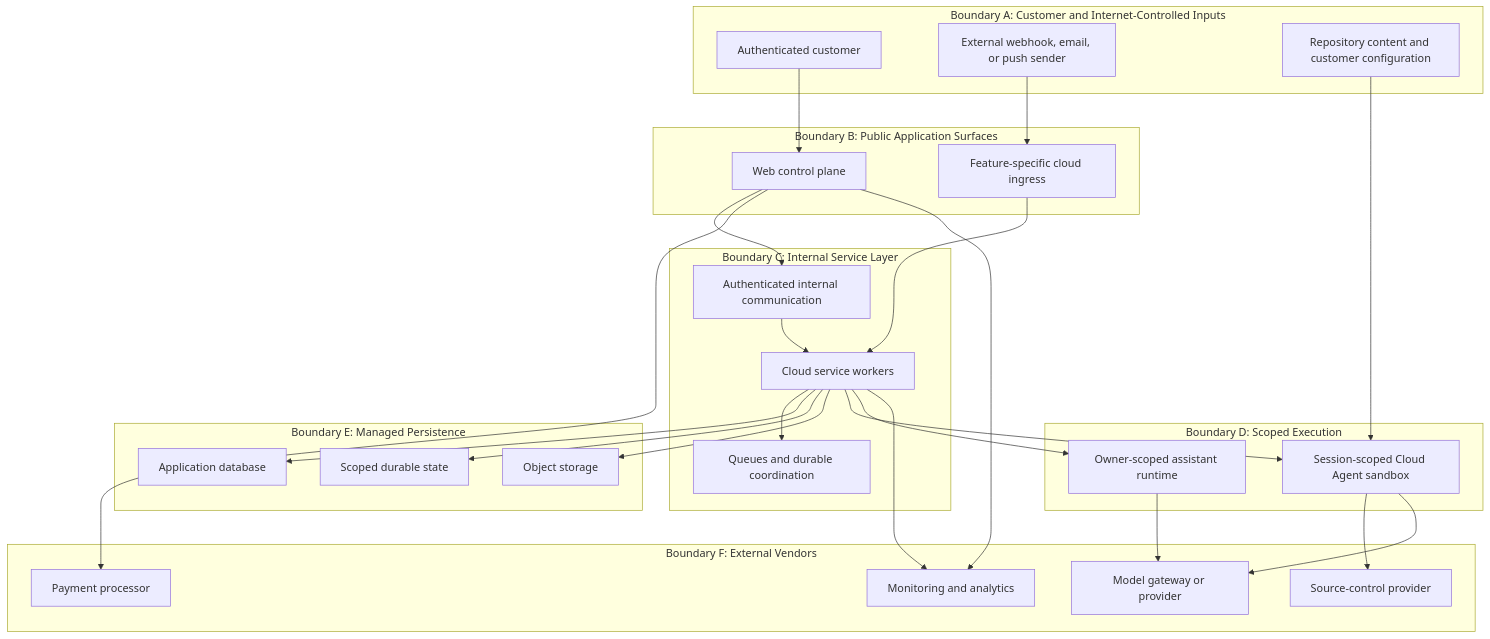
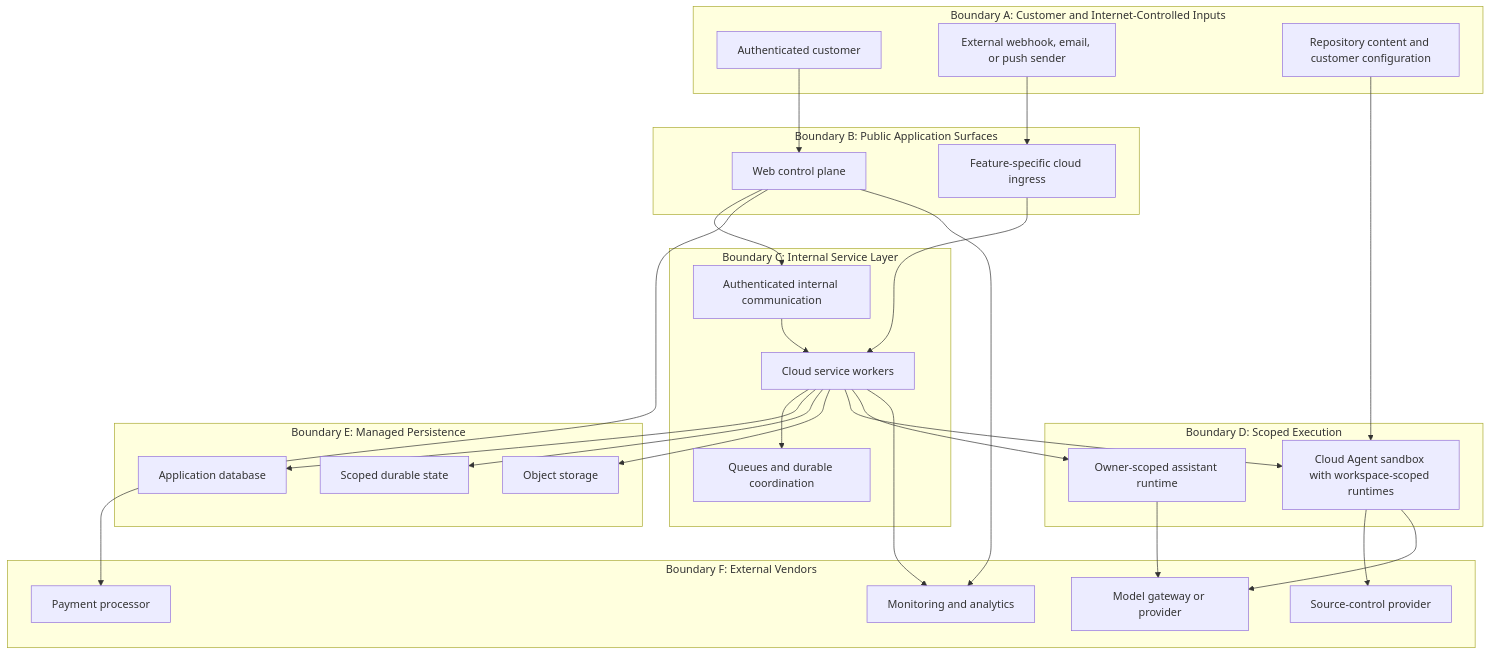
The second of 7 diagrams in docs/security-architecture-overview.md (Kilo-Org/cloud), drawn with Mermaid before and after one commit. The commit also changed other lines of this file and 12 other files, not shown here.

Commit message:
fix(cloud-agent): enable workspace-scoped child session MCP

````diff
--- a/docs/security-architecture-overview.md
+++ b/docs/security-architecture-overview.md
@@ -150,55 +150,55 @@
 ```mermaid
 flowchart TB
   subgraph boundaryA["Boundary A: Customer and Internet-Controlled Inputs"]
     customer["Authenticated customer"]
     webhookSender["External webhook, email, or push sender"]
     repoContent["Repository content and customer configuration"]
   end
 
   subgraph boundaryB["Boundary B: Public Application Surfaces"]
     webSurface["Web control plane"]
     featureIngress["Feature-specific cloud ingress"]
   end
 
   subgraph boundaryC["Boundary C: Internal Service Layer"]
     internalServices["Cloud service workers"]
     serviceCalls["Authenticated internal communication"]
     queues["Queues and durable coordination"]
   end
 
   subgraph boundaryD["Boundary D: Scoped Execution"]
-    sandbox["Session-scoped Cloud Agent sandbox"]
+    sandbox["Cloud Agent sandbox with workspace-scoped runtimes"]
     assistantRuntime["Owner-scoped assistant runtime"]
   end
 
   subgraph boundaryE["Boundary E: Managed Persistence"]
     database["Application database"]
     state["Scoped durable state"]
     objects["Object storage"]
   end
 
   subgraph boundaryF["Boundary F: External Vendors"]
     model["Model gateway or provider"]
     scm["Source-control provider"]
     billing["Payment processor"]
     monitoring["Monitoring and analytics"]
   end
 
   customer --> webSurface
   webhookSender --> featureIngress
   webSurface --> serviceCalls --> internalServices
   featureIngress --> internalServices
   internalServices --> queues
   internalServices --> database
   internalServices --> state
   internalServices --> objects
   internalServices --> sandbox
   internalServices --> assistantRuntime
   repoContent --> sandbox
   sandbox --> scm
   sandbox --> model
   assistantRuntime --> model
   webSurface --> billing
   webSurface --> monitoring
   internalServices --> monitoring
 ```
````
